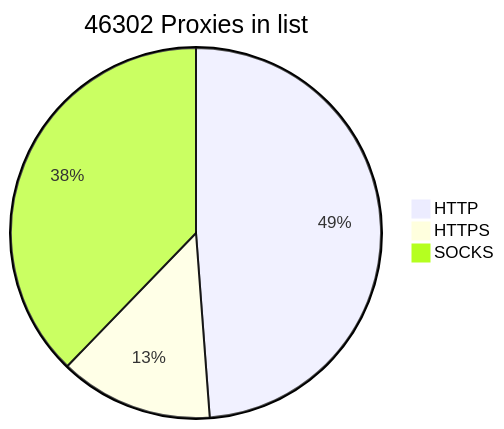
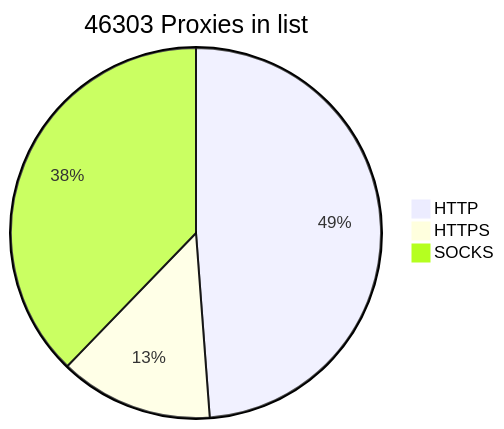
One commit to BlackSnowDot/proxylist-update-every-minute changed the diagram in README.md. Above: the diagram before and after it, drawn with Mermaid.

````diff
--- a/README.md
+++ b/README.md
@@ -2,6 +2,6 @@
 ```mermaid
-pie title 46302 Proxies in list
+pie title 46303 Proxies in list
     "HTTP" : 25173
     "HTTPS": 6915
-    "SOCKS" : 19480
+    "SOCKS" : 19481
 ```
````
